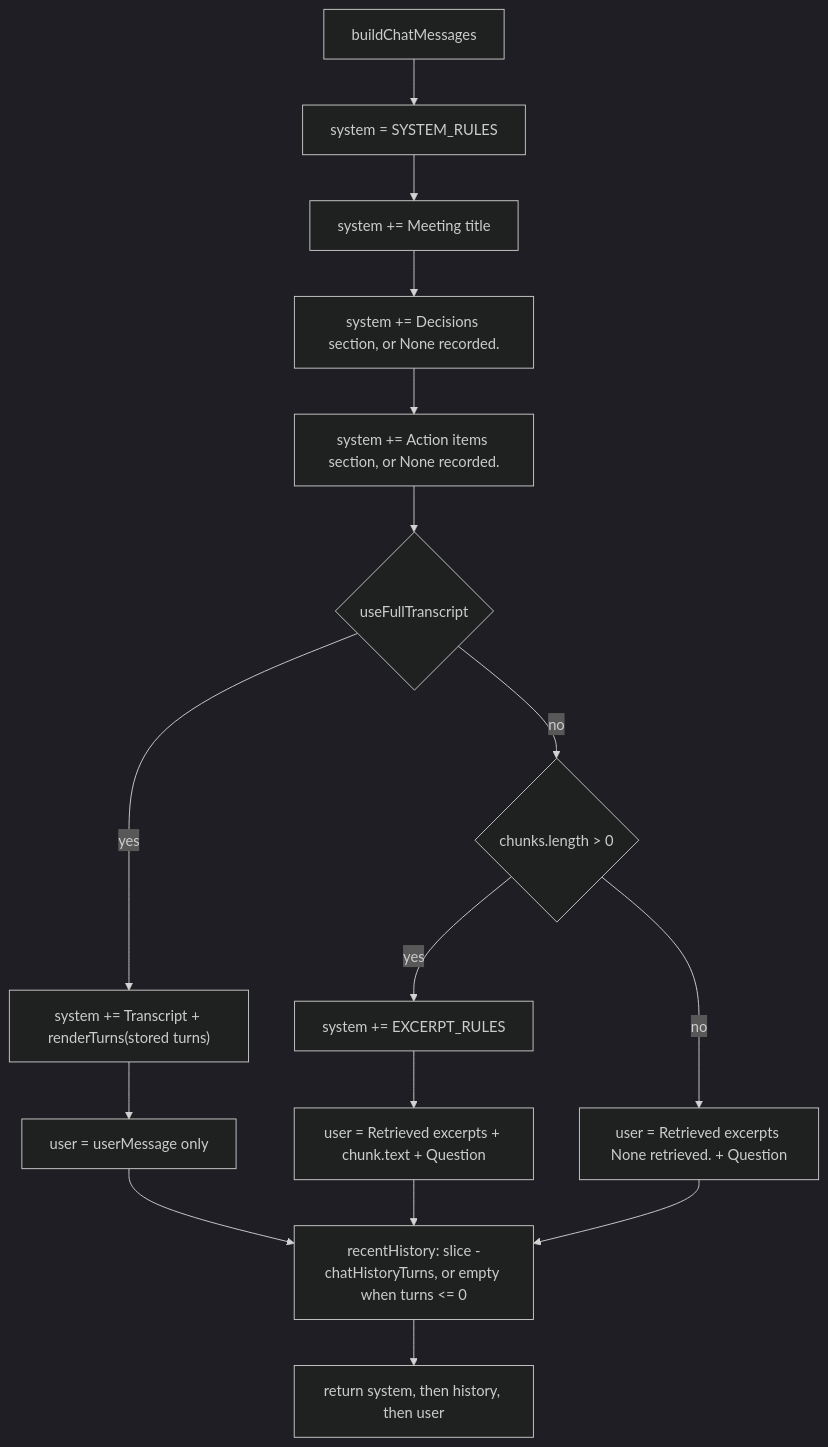
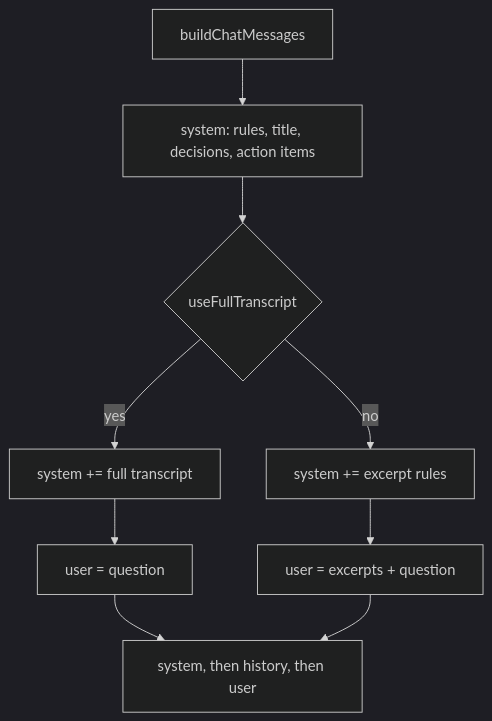
Before and after one commit to adamrefaey/meeting-intelligence: the fourth of 4 diagrams in docs/flows/retrieval.md, drawn with Mermaid (dark theme). The commit also changed other lines of this file and 2 other files, not shown here.

````diff
--- a/docs/flows/retrieval.md
+++ b/docs/flows/retrieval.md
@@ -236,27 +78,15 @@
 ```mermaid
 flowchart TD
   start["buildChatMessages"]
-  sysRules["system = SYSTEM_RULES"]
-  title["system += Meeting title"]
-  decisions["system += Decisions section, or None recorded."]
-  actions["system += Action items section, or None recorded."]
+  sys["system: rules, title, decisions, action items"]
   full{"useFullTranscript"}
-  sysTranscript["system += Transcript + renderTurns(stored turns)"]
-  userFull["user = userMessage only"]
-  excerpts{"chunks.length > 0"}
-  sysExcerpt["system += EXCERPT_RULES"]
-  userChunks["user = Retrieved excerpts + chunk.text + Question"]
-  userNone["user = Retrieved excerpts None retrieved. + Question"]
-  hist["recentHistory: slice -chatHistoryTurns, or empty when turns <= 0"]
-  msgs["return system, then history, then user"]
+  sysTranscript["system += full transcript"]
+  sysExcerpt["system += excerpt rules"]
+  userFull["user = question"]
+  userChunks["user = excerpts + question"]
+  msgs["system, then history, then user"]
 
-  start --> sysRules --> title --> decisions --> actions --> full
-  full -->|yes| sysTranscript --> userFull
-  full -->|no| excerpts
-  excerpts -->|yes| sysExcerpt --> userChunks
-  excerpts -->|no| userNone
-  userFull --> hist
-  userChunks --> hist
-  userNone --> hist
-  hist --> msgs
+  start --> sys --> full
+  full -->|yes| sysTranscript --> userFull --> msgs
+  full -->|no| sysExcerpt --> userChunks --> msgs
 ```
````
